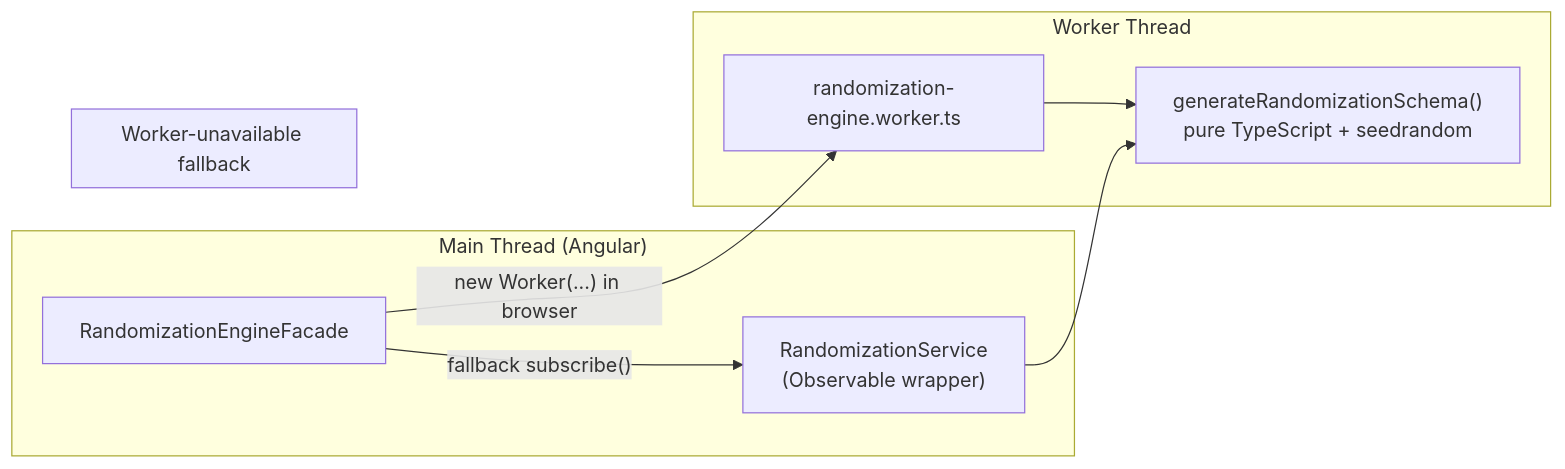
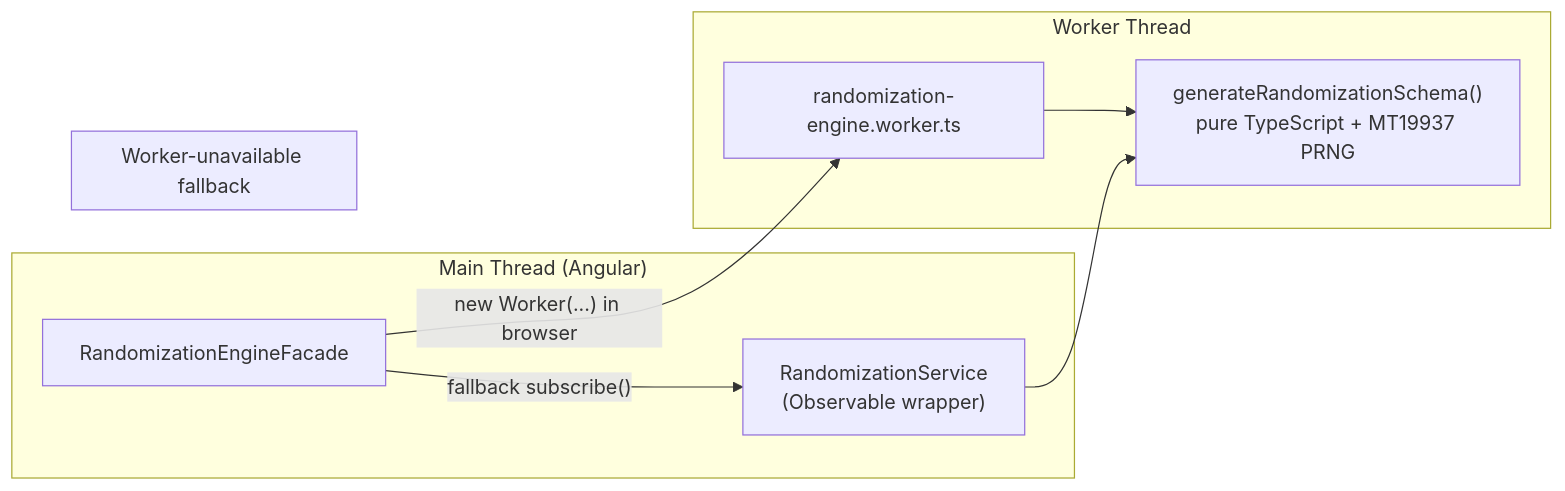
The fourth of 18 diagrams in docs/ARCHITECTURE.md (fderuiter/Equipose), drawn with Mermaid before and after one commit. The commit also changed other lines of this file and 3 other files, not shown here.

Commit message:
docs: automate architecture and data model sync

````diff
--- a/docs/ARCHITECTURE.md
+++ b/docs/ARCHITECTURE.md
@@ -328,20 +328,20 @@
 ```mermaid
 graph LR
     subgraph "Main Thread (Angular)"
         FACADE2["RandomizationEngineFacade"]
         SVC2["RandomizationService\n(Observable wrapper)"]
     end
 
     subgraph "Worker Thread"
         WORKER2["randomization-engine.worker.ts"]
-        ALGO2["generateRandomizationSchema()\npure TypeScript + seedrandom"]
+        ALGO2["generateRandomizationSchema()\npure TypeScript + MT19937 PRNG"]
         WORKER2 --> ALGO2
     end
 
     subgraph "Worker-unavailable fallback"
         SVC2 --> ALGO2
     end
 
     FACADE2 -- "new Worker(...) in browser" --> WORKER2
     FACADE2 -- "fallback subscribe()" --> SVC2
 ```
````
